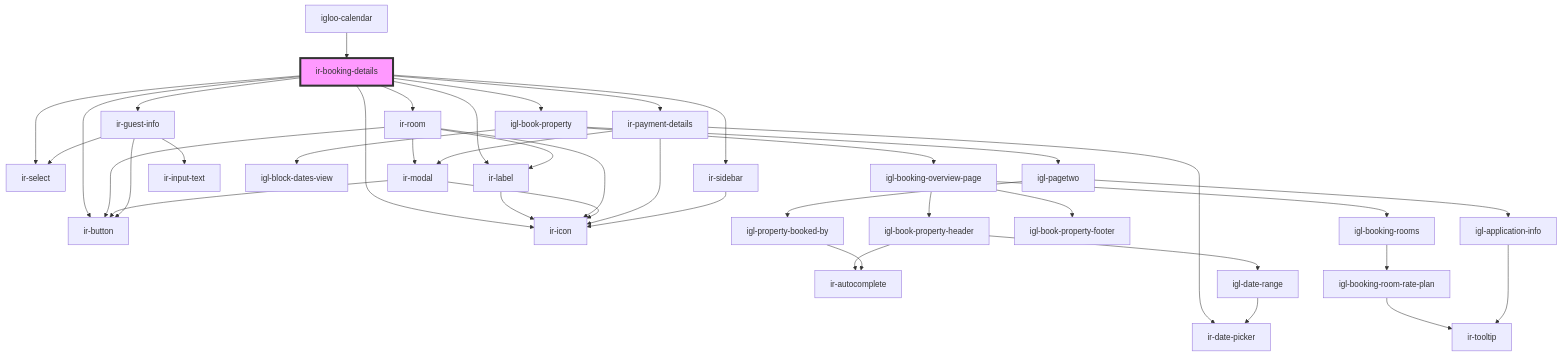
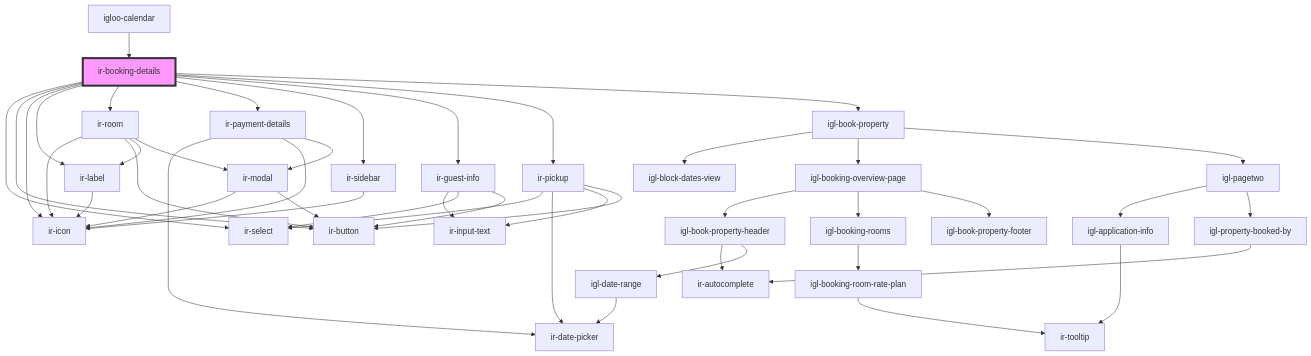
Before and after one commit to David1Chowaifaty/modified-ir-webcmp: the diagram in src/components/ir-booking-details/readme.md, drawn with Mermaid. The commit also changed other lines of this file and 12 other files, not shown here.

````diff
--- a/src/components/ir-booking-details/readme.md
+++ b/src/components/ir-booking-details/readme.md
@@ -73,43 +74,48 @@
 ```mermaid
 graph TD;
   ir-booking-details --> ir-select
   ir-booking-details --> ir-button
   ir-booking-details --> ir-icon
   ir-booking-details --> ir-label
   ir-booking-details --> ir-room
   ir-booking-details --> ir-payment-details
   ir-booking-details --> ir-sidebar
   ir-booking-details --> ir-guest-info
+  ir-booking-details --> ir-pickup
   ir-booking-details --> igl-book-property
   ir-label --> ir-icon
   ir-room --> ir-icon
   ir-room --> ir-button
   ir-room --> ir-label
   ir-room --> ir-modal
   ir-modal --> ir-icon
   ir-modal --> ir-button
   ir-payment-details --> ir-date-picker
   ir-payment-details --> ir-icon
   ir-payment-details --> ir-modal
   ir-sidebar --> ir-icon
   ir-guest-info --> ir-input-text
   ir-guest-info --> ir-select
   ir-guest-info --> ir-button
+  ir-pickup --> ir-select
+  ir-pickup --> ir-date-picker
+  ir-pickup --> ir-input-text
+  ir-pickup --> ir-button
   igl-book-property --> igl-block-dates-view
   igl-book-property --> igl-booking-overview-page
   igl-book-property --> igl-pagetwo
   igl-booking-overview-page --> igl-book-property-header
   igl-booking-overview-page --> igl-booking-rooms
   igl-booking-overview-page --> igl-book-property-footer
   igl-book-property-header --> ir-autocomplete
   igl-book-property-header --> igl-date-range
   igl-date-range --> ir-date-picker
   igl-booking-rooms --> igl-booking-room-rate-plan
   igl-booking-room-rate-plan --> ir-tooltip
   igl-pagetwo --> igl-application-info
   igl-pagetwo --> igl-property-booked-by
   igl-application-info --> ir-tooltip
   igl-property-booked-by --> ir-autocomplete
   igloo-calendar --> ir-booking-details
   style ir-booking-details fill:#f9f,stroke:#333,stroke-width:4px
 ```
````
